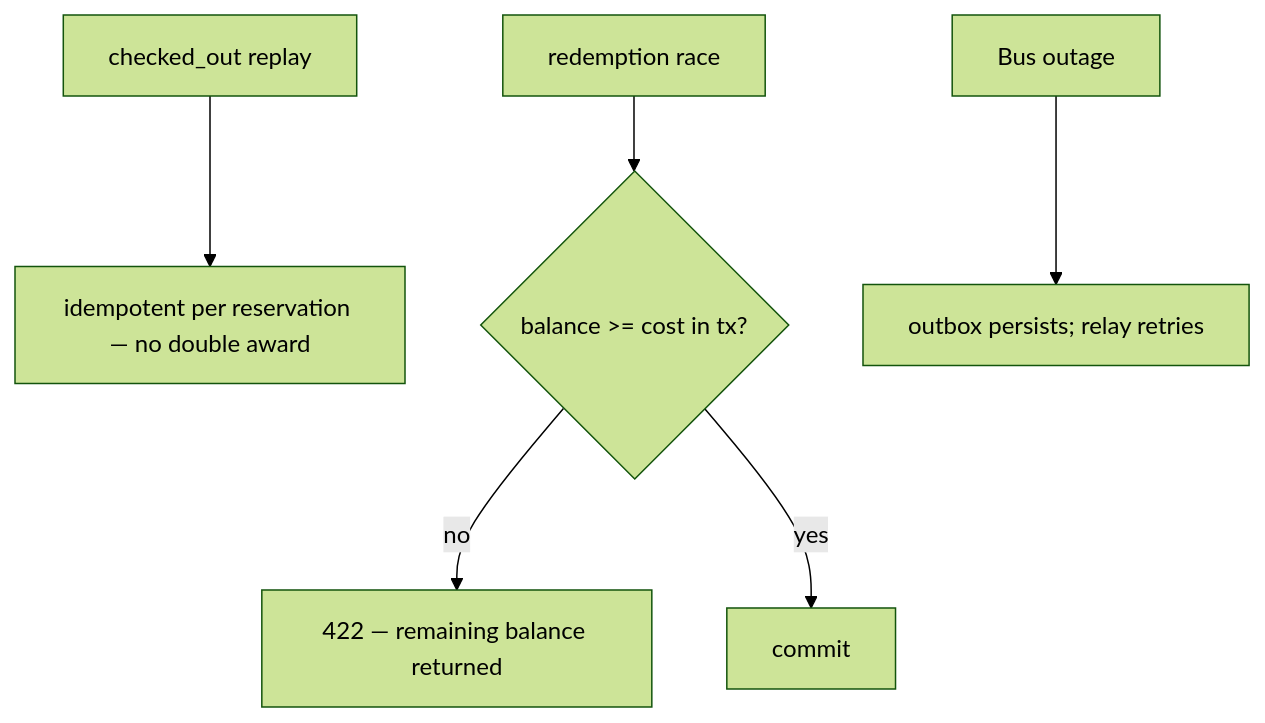
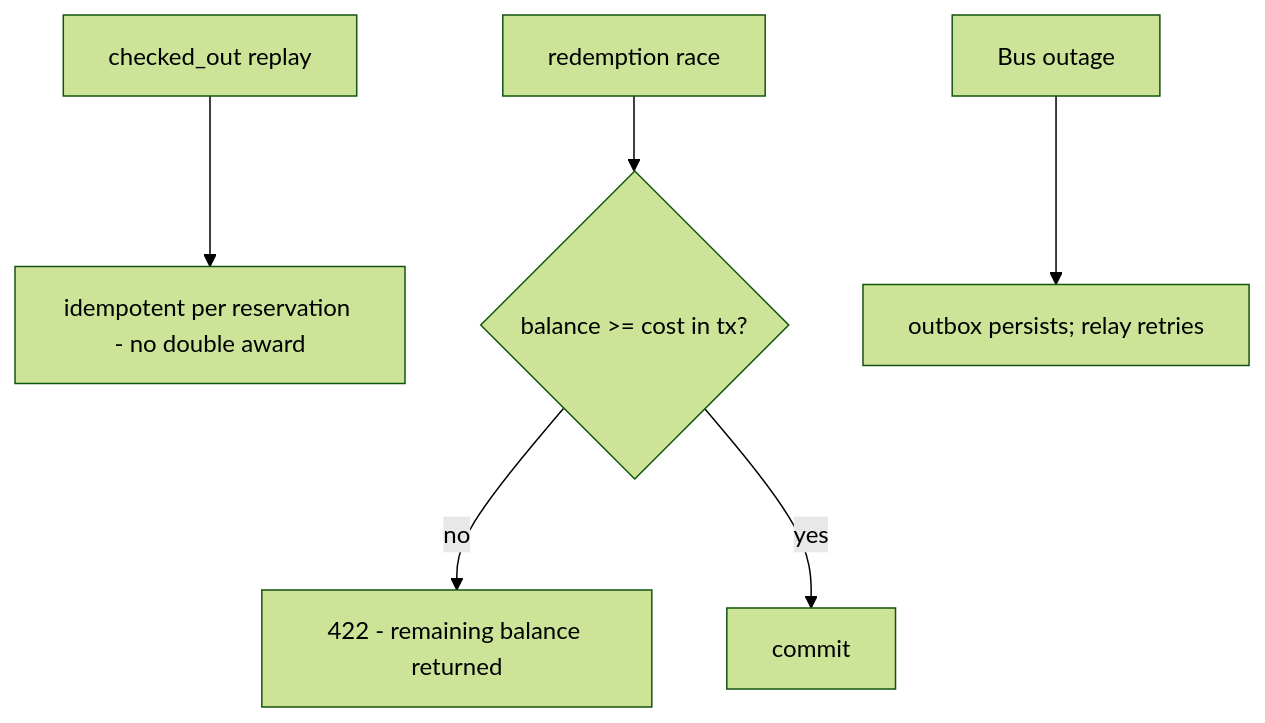
One commit to Hotel8/hotel8-site changed the ninth of 11 diagrams in docs/products/loyalty/design.md. Above: the diagram before and after it, drawn with Mermaid (forest theme). The commit also changed other lines of this file and 61 other files, not shown here.

````diff
--- a/docs/products/loyalty/design.md
+++ b/docs/products/loyalty/design.md
@@ -177,8 +177,8 @@
 ```mermaid
 flowchart TD
-    A[checked_out replay] --> B[idempotent per reservation — no double award]
+    A[checked_out replay] --> B[idempotent per reservation - no double award]
     C[redemption race] --> D{balance >= cost in tx?}
-    D -->|no| E[422 — remaining balance returned]
+    D -->|no| E[422 - remaining balance returned]
     D -->|yes| F[commit]
     G[Bus outage] --> H[outbox persists; relay retries]
 ```
````
